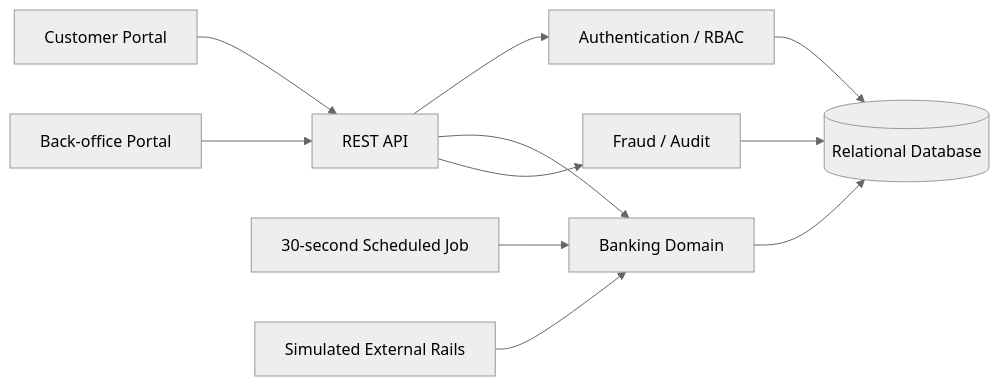
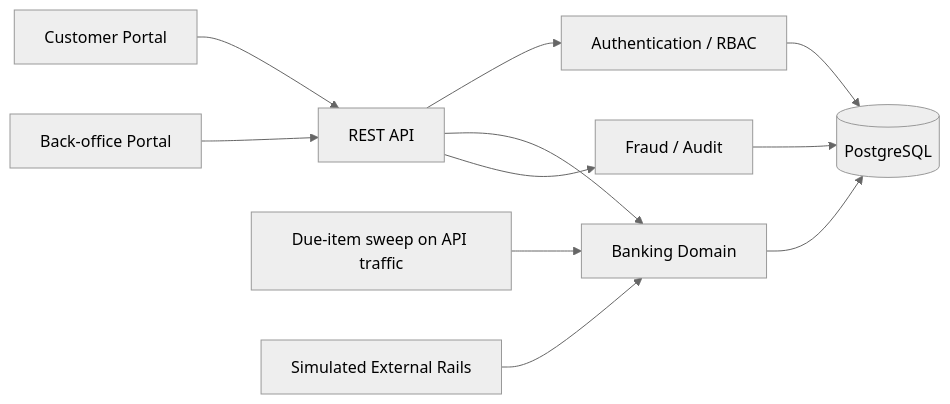
One commit to MohamedAmer45/novabank-banking-system changed the diagram in docs/ARCHITECTURE.md. Above: the diagram before and after it, drawn with Mermaid (neutral theme). The commit also changed other lines of this file and 7 other files, not shown here.

First line of the commit message:
Bring the documentation and CI in line with the PostgreSQL build

````diff
--- a/docs/ARCHITECTURE.md
+++ b/docs/ARCHITECTURE.md
@@ -5,13 +6,13 @@
 ```mermaid
 flowchart LR
   C[Customer Portal] --> A[REST API]
   O[Back-office Portal] --> A
   A --> AUTH[Authentication / RBAC]
   A --> BANK[Banking Domain]
   A --> RISK[Fraud / Audit]
-  BANK --> DB[(Relational Database)]
+  BANK --> DB[(PostgreSQL)]
   RISK --> DB
   AUTH --> DB
-  SCHED[30-second Scheduled Job] --> BANK
+  SWEEP[Due-item sweep on API traffic] --> BANK
   MOCK[Simulated External Rails] --> BANK
 ```
````
